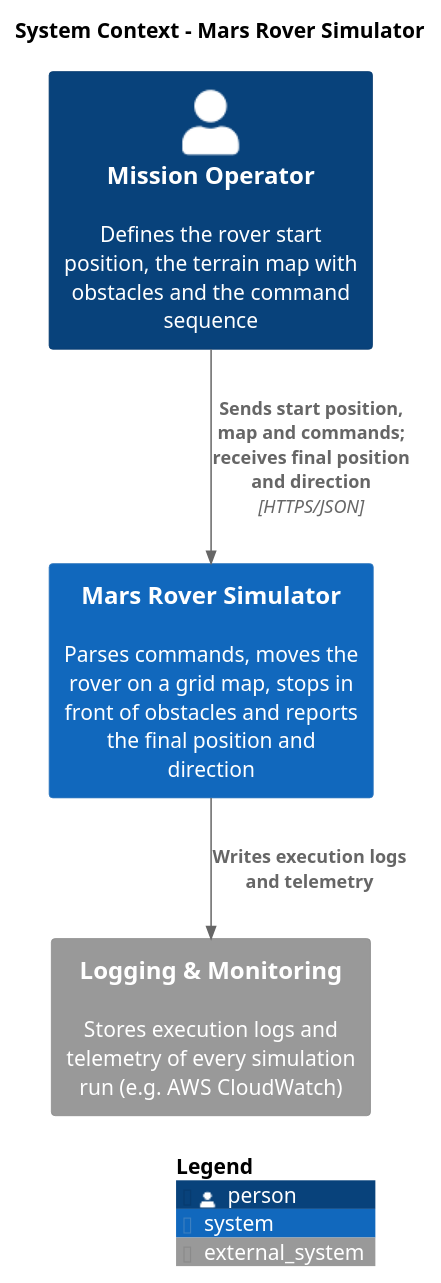
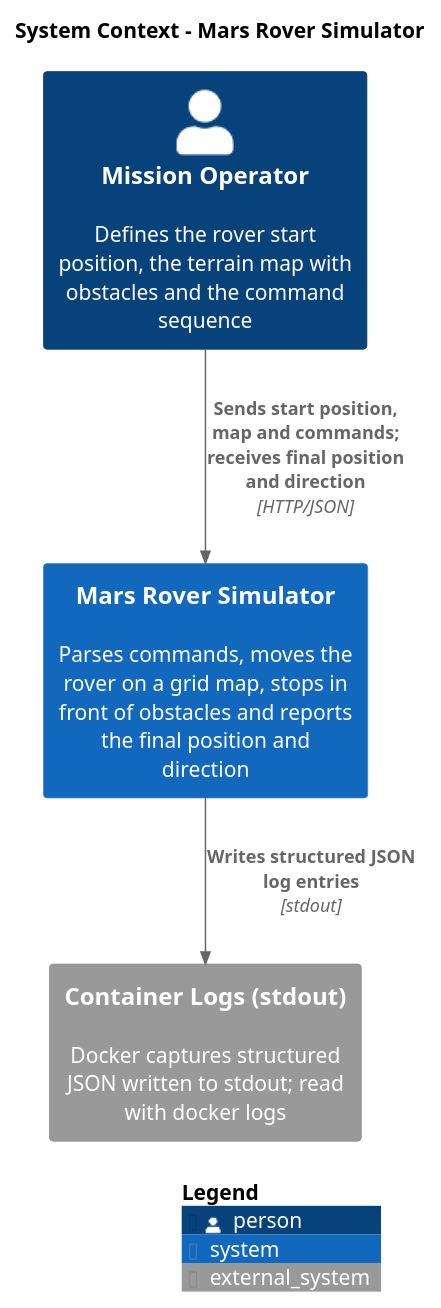
The diagram in architecture/diagrams/c4-context.puml (Ouleg/agentic-sdlc-oleg-ponjevic), drawn with PlantUML before and after one commit. The commit also changed 2 other files, not shown here.

Commit message:
#3 docs(architecture): add chapter 3 context and scope

```diff
--- a/architecture/diagrams/c4-context.puml
+++ b/architecture/diagrams/c4-context.puml
@@ -1,17 +1,17 @@
 @startuml c4-context
 !include https://raw.githubusercontent.com/plantuml-stdlib/C4-PlantUML/master/C4_Context.puml
 skinparam backgroundColor white
 
 title System Context - Mars Rover Simulator
 
 Person(operator, "Mission Operator", "Defines the rover start position, the terrain map with obstacles and the command sequence")
 
 System(rover, "Mars Rover Simulator", "Parses commands, moves the rover on a grid map, stops in front of obstacles and reports the final position and direction")
 
-System_Ext(logs, "Logging & Monitoring", "Stores execution logs and telemetry of every simulation run (e.g. AWS CloudWatch)")
+System_Ext(logs, "Container Logs (stdout)", "Docker captures structured JSON written to stdout; read with docker logs")
 
-Rel(operator, rover, "Sends start position, map and commands; receives final position and direction", "HTTPS/JSON")
-Rel(rover, logs, "Writes execution logs and telemetry")
+Rel(operator, rover, "Sends start position, map and commands; receives final position and direction", "HTTP/JSON")
+Rel(rover, logs, "Writes structured JSON log entries", "stdout")
 
 SHOW_LEGEND()
 @enduml
```
